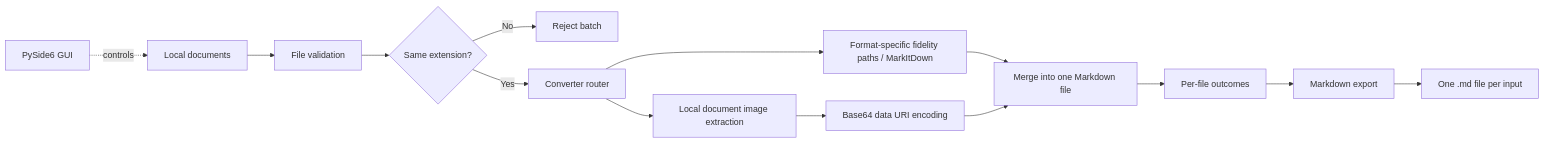
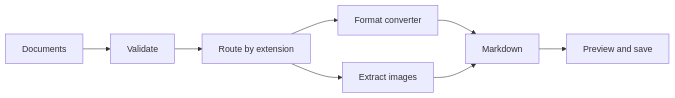
One commit to DrBham/Hybrid-Document-To-Markdown changed the diagram in README.md. Above: the diagram before and after it, drawn with Mermaid. The commit also changed other lines of this file and 19 other files, not shown here.

````diff
--- a/README.md
+++ b/README.md
@@ -167,17 +94,10 @@
 ```mermaid
 flowchart LR
-    A[Local documents] --> B[File validation]
-    B --> C{Same extension?}
-    C -- No --> X[Reject batch]
-    C -- Yes --> D[Converter router]
-    D --> E[Format-specific fidelity paths / MarkItDown]
-    D --> I[Local document image extraction]
-    I --> O[Base64 data URI encoding]
-    E --> M[Merge into one Markdown file]
-    O --> M
-    M --> F[Per-file outcomes]
-    F --> G[Markdown export]
-    G --> H[One .md file per input]
-
-    UI[PySide6 GUI] -. controls .-> A
+    A[Documents] --> B[Validate]
+    B --> C[Route by extension]
+    C --> D[Format converter]
+    C --> E[Extract images]
+    D --> F[Markdown]
+    E --> F
+    F --> G[Preview and save]
 ```
````
